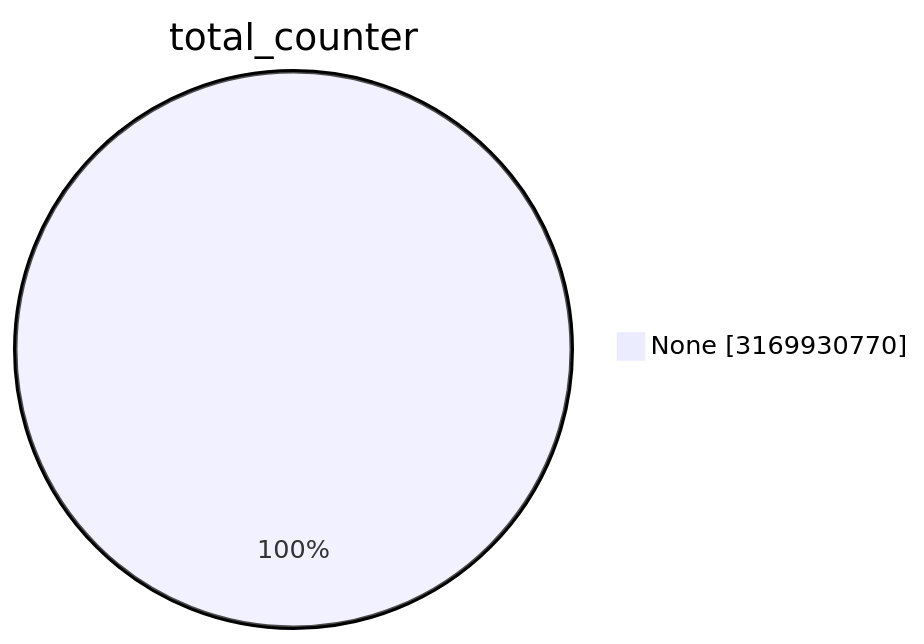
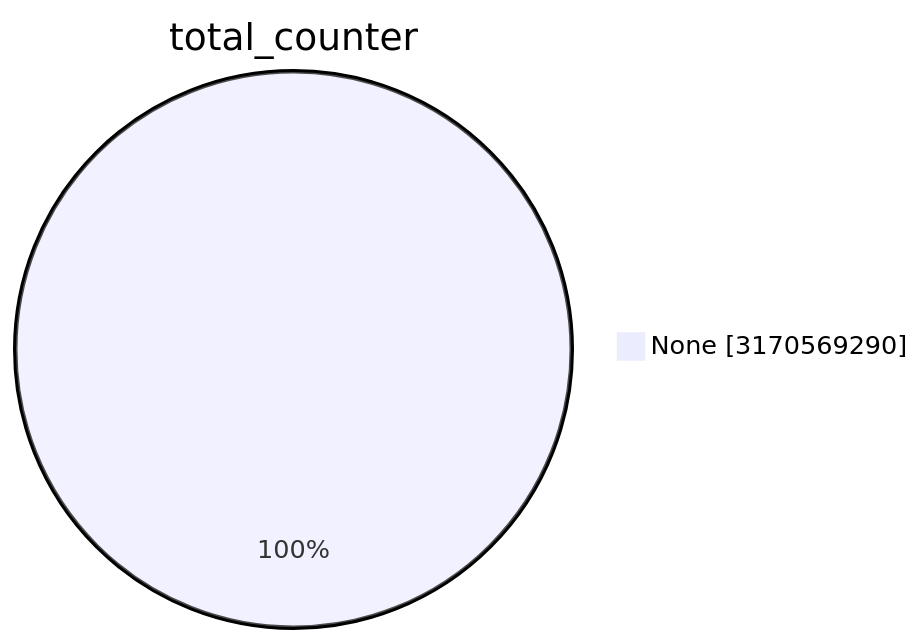
Before and after one commit to christiankrug/ctmonitor_visualization: the first of 15 diagrams in TOTAL/README.md, drawn with Mermaid. The commit also changed other lines of this file, not shown here.

````diff
--- a/TOTAL/README.md
+++ b/TOTAL/README.md
@@ -1,5 +1,5 @@
 ```mermaid
 pie showData
 title total_counter
-"None" :3169930770
+"None" :3170569290
 ```
````
